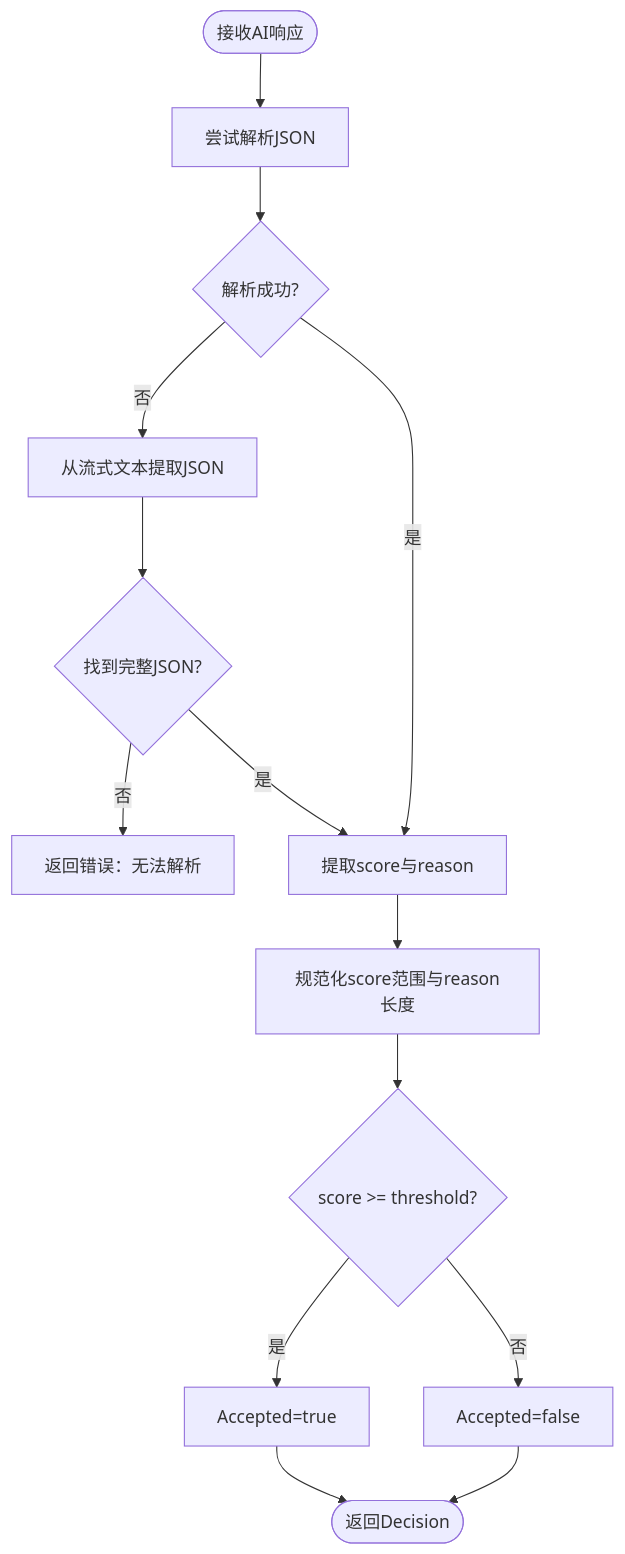
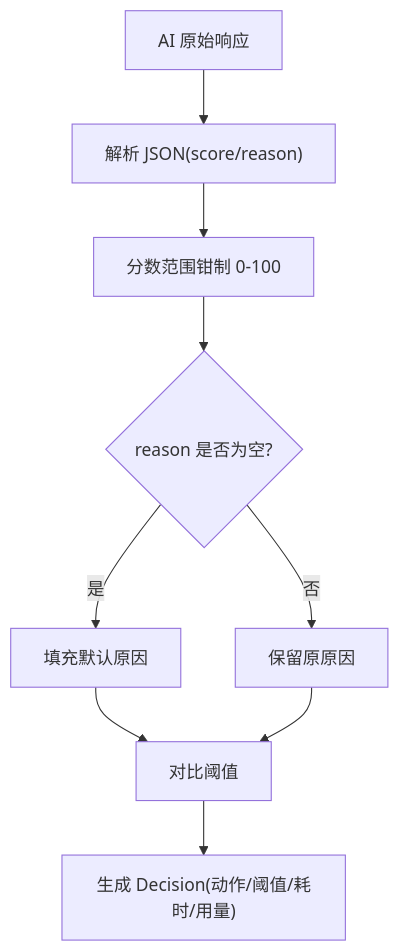
Before and after one commit to alvinwangzi/goodhr: the sixth of 9 diagrams in .qoder/repowiki/zh/content/云端后端服务/候选人处理系统/AI匹配评分/AI匹配评分.md, drawn with Mermaid. The commit also changed other lines of this file and 149 other files, not shown here.

````diff
--- a/.qoder/repowiki/zh/content/云端后端服务/候选人处理系统/AI匹配评分/AI匹配评分.md
+++ b/.qoder/repowiki/zh/content/云端后端服务/候选人处理系统/AI匹配评分/AI匹配评分.md
@@ -235,16 +260,11 @@
 ```mermaid
 flowchart TD
-In(["接收AI响应"]) --> Parse["尝试解析JSON"]
-Parse --> Valid{"解析成功?"}
-Valid --> |否| TryStream["从流式文本提取JSON"]
-TryStream --> StreamOk{"找到完整JSON?"}
-StreamOk --> |否| Err["返回错误：无法解析"]
-StreamOk --> |是| Extract["提取score与reason"]
-Valid --> |是| Extract
-Extract --> Normalize["规范化score范围与reason长度"]
-Normalize --> Threshold{"score >= threshold?"}
-Threshold --> |是| Accept["Accepted=true"]
-Threshold --> |否| Reject["Accepted=false"]
-Accept --> Out(["返回Decision"])
-Reject --> Out
+Input["AI 原始响应"] --> Parse["解析 JSON(score/reason)"]
+Parse --> Clamp["分数范围钳制 0-100"]
+Clamp --> ReasonCheck{"reason 是否为空?"}
+ReasonCheck --> |是| DefaultReason["填充默认原因"]
+ReasonCheck --> |否| KeepReason["保留原原因"]
+DefaultReason --> Threshold["对比阈值"]
+KeepReason --> Threshold
+Threshold --> Decision["生成 Decision(动作/阈值/耗时/用量)"]
 ```
````
